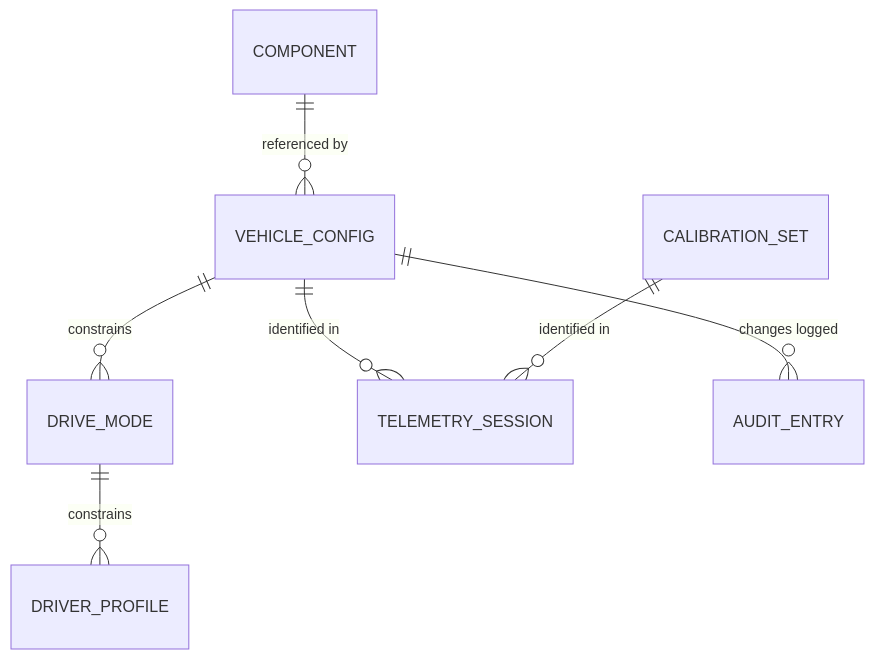
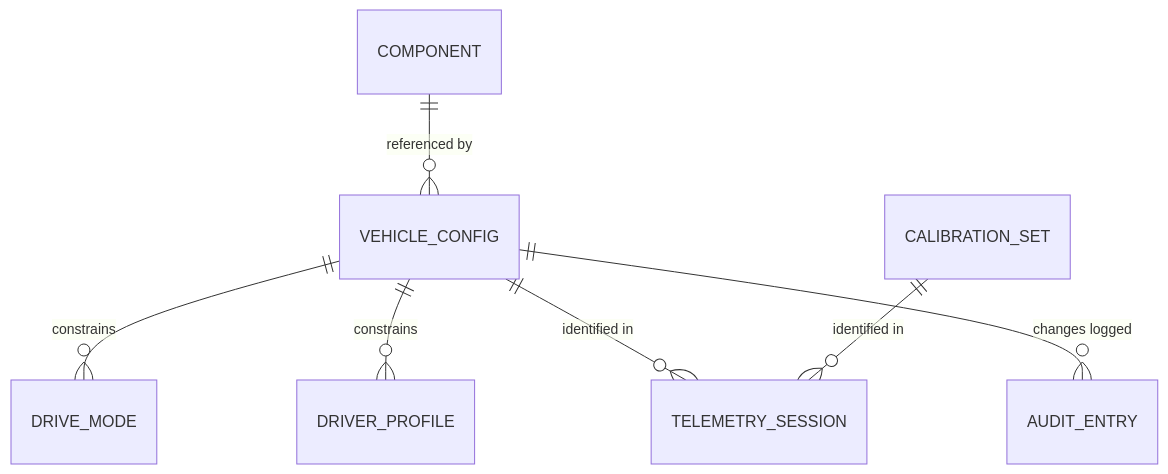
One commit to ScottPeachey/GoKartApp changed the second of 2 diagrams in docs/ARCHITECTURE.md. Above: the diagram before and after it, drawn with Mermaid. The commit also changed other lines of this file and 1 other file, not shown here.

First line of the commit message:
Clarify display, signal-level faults, drive modes; fix physics/firmware gaps

````diff
--- a/docs/ARCHITECTURE.md
+++ b/docs/ARCHITECTURE.md
@@ -146,9 +151,9 @@
 ```mermaid
 erDiagram
     COMPONENT ||--o{ VEHICLE_CONFIG : "referenced by"
     VEHICLE_CONFIG ||--o{ DRIVE_MODE : "constrains"
-    DRIVE_MODE ||--o{ DRIVER_PROFILE : "constrains"
+    VEHICLE_CONFIG ||--o{ DRIVER_PROFILE : "constrains"
     VEHICLE_CONFIG ||--o{ TELEMETRY_SESSION : "identified in"
     CALIBRATION_SET ||--o{ TELEMETRY_SESSION : "identified in"
     VEHICLE_CONFIG ||--o{ AUDIT_ENTRY : "changes logged"
 ```
````
